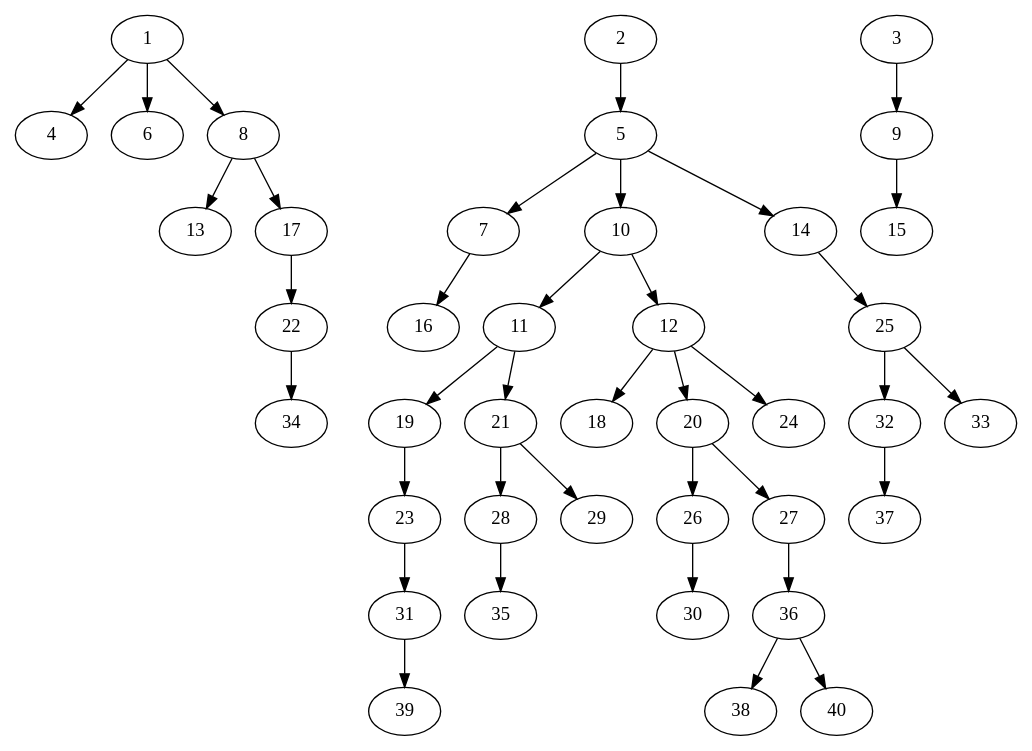
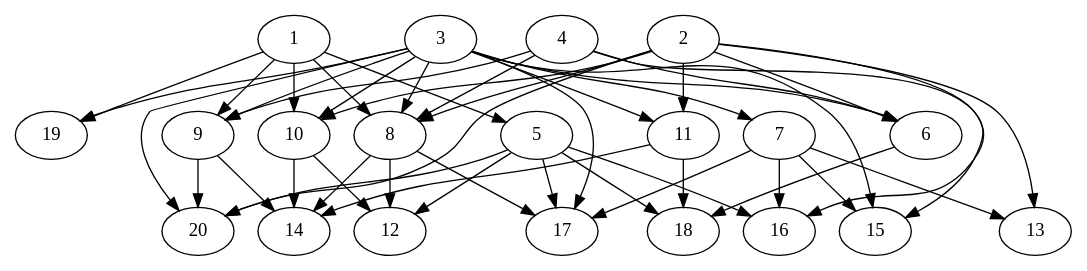
One commit to Ad-Bean/LinearProgramming changed the diagram in test.dot. Above: the diagram before and after it, drawn with Graphviz. The commit also changed 2 other files, not shown here.

```diff
--- a/test.dot
+++ b/test.dot
@@ -1,81 +1,69 @@
-// DAG automatically generated by daggen at Wed Jul  6 13:38:15 2022
-// ./daggen -n 40 --fat 0.4 --density 0.2 --regular 0.2 --jump 2 --minalpha 20 --maxalpha 150 --dot -o test.dot 
+// DAG automatically generated by daggen at Mon Jul 11 22:17:41 2022
+// ./daggen -n 20 --fat 0.8 --density 0.8 --regular 0.2 --jump 2 --minalpha 20 --maxalpha 200 --dot -o ../test.dot 
 digraph G {
-  1 [size="8589934592", alpha="91.28"]
-  1 -> 4 [size ="33554432"]
-  1 -> 6 [size ="33554432"]
-  1 -> 8 [size ="33554432"]
-  2 [size="197331839900", alpha="89.77"]
-  2 -> 5 [size ="536870912"]
-  3 [size="19336151374", alpha="76.75"]
+  1 [size="520712294024", alpha="45.93"]
+  1 -> 5 [size ="536870912"]
+  1 -> 8 [size ="536870912"]
+  1 -> 9 [size ="536870912"]
+  1 -> 10 [size ="536870912"]
+  1 -> 19 [size ="536870912"]
+  2 [size="5517730073", alpha="140.08"]
+  2 -> 6 [size ="301989888"]
+  2 -> 8 [size ="301989888"]
+  2 -> 10 [size ="301989888"]
+  2 -> 11 [size ="301989888"]
+  2 -> 13 [size ="301989888"]
+  2 -> 16 [size ="301989888"]
+  2 -> 20 [size ="301989888"]
+  3 [size="13493422392", alpha="146.76"]
+  3 -> 6 [size ="411041792"]
+  3 -> 7 [size ="411041792"]
+  3 -> 8 [size ="411041792"]
   3 -> 9 [size ="411041792"]
-  4 [size="3573843022", alpha="65.46"]
-  5 [size="8170418978", alpha="99.32"]
-  5 -> 7 [size ="209715200"]
-  5 -> 10 [size ="209715200"]
-  5 -> 14 [size ="209715200"]
-  6 [size="171750332988", alpha="21.60"]
-  7 [size="14528898706", alpha="27.32"]
-  7 -> 16 [size ="301989888"]
-  8 [size="368293445632", alpha="104.76"]
-  8 -> 13 [size ="411041792"]
-  8 -> 17 [size ="411041792"]
-  9 [size="13466927625", alpha="63.20"]
-  9 -> 15 [size ="411041792"]
-  10 [size="5599596565", alpha="47.27"]
-  10 -> 11 [size ="301989888"]
-  10 -> 12 [size ="301989888"]
-  11 [size="36203125793", alpha="40.74"]
-  11 -> 19 [size ="679477248"]
-  11 -> 21 [size ="679477248"]
-  12 [size="3341276011", alpha="85.21"]
-  12 -> 18 [size ="75497472"]
-  12 -> 20 [size ="75497472"]
-  12 -> 24 [size ="75497472"]
-  13 [size="4528944286", alpha="82.23"]
-  14 [size="549755813888", alpha="53.70"]
-  14 -> 25 [size ="536870912"]
-  15 [size="11682313836", alpha="68.07"]
-  16 [size="107063272983", alpha="123.85"]
-  17 [size="105626550922", alpha="142.73"]
-  17 -> 22 [size ="209715200"]
-  18 [size="1678827053", alpha="58.45"]
-  19 [size="945112255954", alpha="143.49"]
-  19 -> 23 [size ="679477248"]
-  20 [size="231928233984", alpha="104.22"]
-  20 -> 26 [size ="301989888"]
-  20 -> 27 [size ="301989888"]
-  21 [size="883920068499", alpha="101.97"]
-  21 -> 28 [size ="838860800"]
-  21 -> 29 [size ="838860800"]
-  22 [size="17502374043", alpha="60.44"]
-  22 -> 34 [size ="411041792"]
-  23 [size="13248176064", alpha="23.23"]
-  23 -> 31 [size ="679477248"]
-  24 [size="3574647957", alpha="91.20"]
-  25 [size="51569081162", alpha="63.56"]
-  25 -> 32 [size ="838860800"]
-  25 -> 33 [size ="838860800"]
-  26 [size="1073741824000", alpha="119.28"]
-  26 -> 30 [size ="838860800"]
-  27 [size="231928233984", alpha="136.12"]
-  27 -> 36 [size ="301989888"]
-  28 [size="8589934592", alpha="142.68"]
-  28 -> 35 [size ="33554432"]
-  29 [size="633570782676", alpha="59.98"]
-  30 [size="4560822250", alpha="39.29"]
-  31 [size="549755813888", alpha="127.20"]
-  31 -> 39 [size ="536870912"]
-  32 [size="47122054889", alpha="140.49"]
-  32 -> 37 [size ="33554432"]
-  33 [size="1260273229154", alpha="137.90"]
-  34 [size="231928233984", alpha="144.18"]
-  35 [size="24760416259", alpha="23.88"]
-  36 [size="9005195172", alpha="56.12"]
-  36 -> 38 [size ="301989888"]
-  36 -> 40 [size ="301989888"]
-  37 [size="1297506698", alpha="64.52"]
-  38 [size="14339982586", alpha="108.51"]
-  39 [size="343507504520", alpha="85.73"]
-  40 [size="23494490243", alpha="99.71"]
+  3 -> 10 [size ="411041792"]
+  3 -> 11 [size ="411041792"]
+  3 -> 15 [size ="411041792"]
+  3 -> 17 [size ="411041792"]
+  3 -> 19 [size ="411041792"]
+  3 -> 20 [size ="411041792"]
+  4 [size="152001525389", alpha="113.94"]
+  4 -> 6 [size ="411041792"]
+  4 -> 8 [size ="411041792"]
+  4 -> 9 [size ="411041792"]
+  4 -> 15 [size ="411041792"]
+  5 [size="463003771967", alpha="172.10"]
+  5 -> 12 [size ="838860800"]
+  5 -> 16 [size ="838860800"]
+  5 -> 17 [size ="838860800"]
+  5 -> 18 [size ="838860800"]
+  5 -> 20 [size ="838860800"]
+  6 [size="357349672339", alpha="38.68"]
+  6 -> 18 [size ="301989888"]
+  7 [size="5906089942", alpha="186.70"]
+  7 -> 13 [size ="209715200"]
+  7 -> 15 [size ="209715200"]
+  7 -> 16 [size ="209715200"]
+  7 -> 17 [size ="209715200"]
+  8 [size="231928233984", alpha="53.36"]
+  8 -> 12 [size ="301989888"]
+  8 -> 14 [size ="301989888"]
+  8 -> 17 [size ="301989888"]
+  9 [size="681825633922", alpha="90.05"]
+  9 -> 14 [size ="679477248"]
+  9 -> 20 [size ="679477248"]
+  10 [size="299039943488", alpha="81.98"]
+  10 -> 12 [size ="536870912"]
+  10 -> 14 [size ="536870912"]
+  11 [size="549755813888", alpha="66.09"]
+  11 -> 14 [size ="536870912"]
+  11 -> 18 [size ="536870912"]
+  12 [size="29685660780", alpha="26.91"]
+  13 [size="433382999571", alpha="69.85"]
+  14 [size="28680302006", alpha="86.32"]
+  15 [size="521346391258", alpha="79.08"]
+  16 [size="8376313446", alpha="130.73"]
+  17 [size="549755813888", alpha="90.93"]
+  18 [size="8589934592", alpha="157.81"]
+  19 [size="1747093242", alpha="36.63"]
+  20 [size="272762343191", alpha="49.61"]
 }
```
